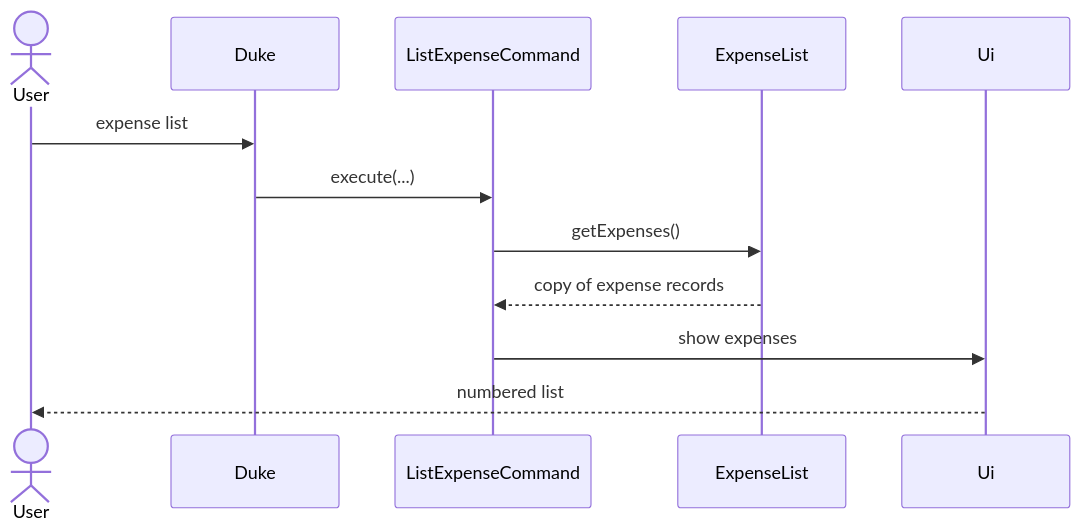
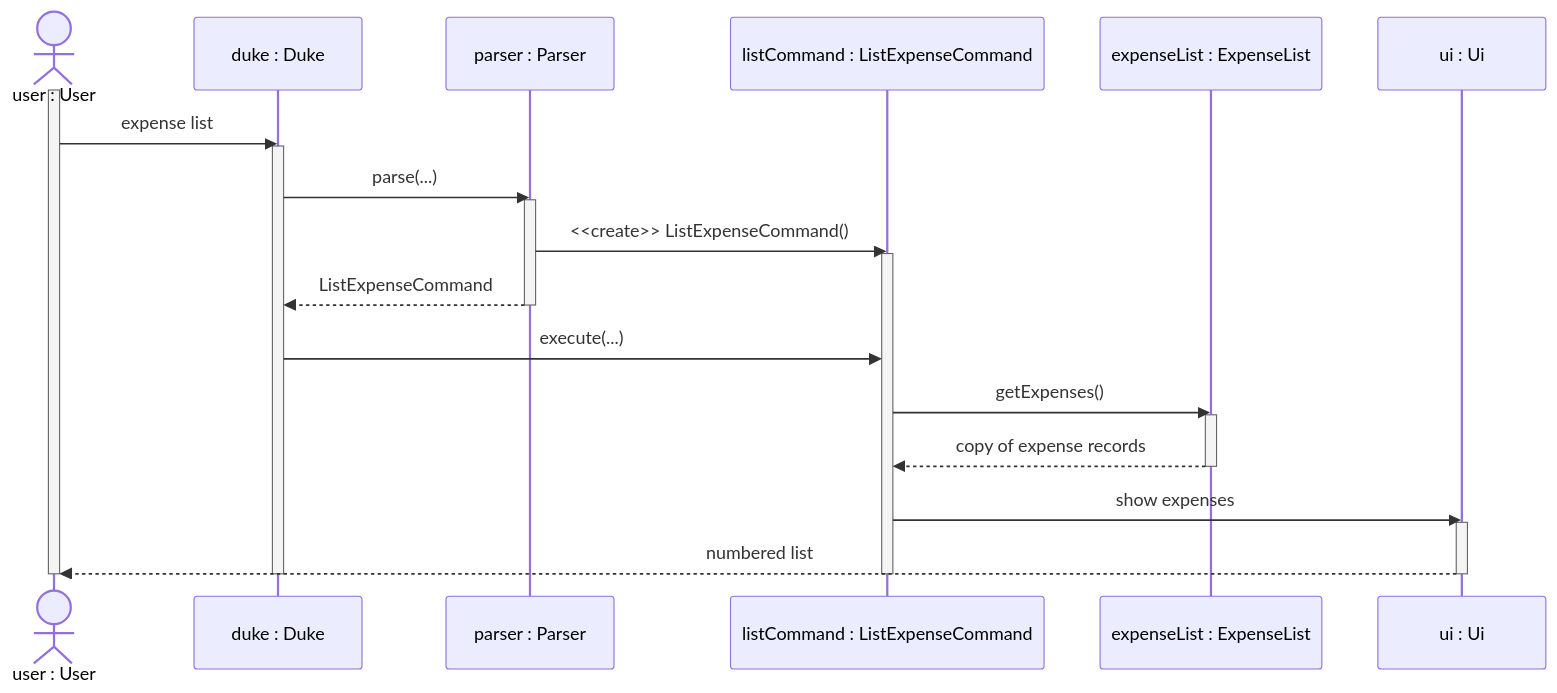
One commit to AY2627S1-CS2113-T11-1/tp changed the diagram in docs/diagrams/expense-list.mmd. Above: the diagram before and after it, drawn with Mermaid. The commit also changed 8 other files, not shown here.

Commit message:
docs: update UML financial sequence diagrams

```diff
--- a/docs/diagrams/expense-list.mmd
+++ b/docs/diagrams/expense-list.mmd
@@ -1,13 +1,30 @@
 sequenceDiagram
-    actor User
-    participant D as Duke
-    participant C as ListExpenseCommand
-    participant L as ExpenseList
-    participant U as Ui
+    actor User as user : User
+    participant D as duke : Duke
+    participant P as parser : Parser
+    participant C as listCommand : ListExpenseCommand
+    participant L as expenseList : ExpenseList
+    participant U as ui : Ui
 
+    activate User
     User->>D: expense list
+    activate D
+    D->>P: parse(...)
+    activate P
+    P->>C: <<create>> ListExpenseCommand()
+    activate C
+    P-->>D: ListExpenseCommand
+    deactivate P
     D->>C: execute(...)
     C->>L: getExpenses()
+    activate L
     L-->>C: copy of expense records
+    deactivate L
     C->>U: show expenses
+    activate U
     U-->>User: numbered list
+    deactivate U
+    deactivate C
+    destroy C
+    deactivate D
+    deactivate User
```
